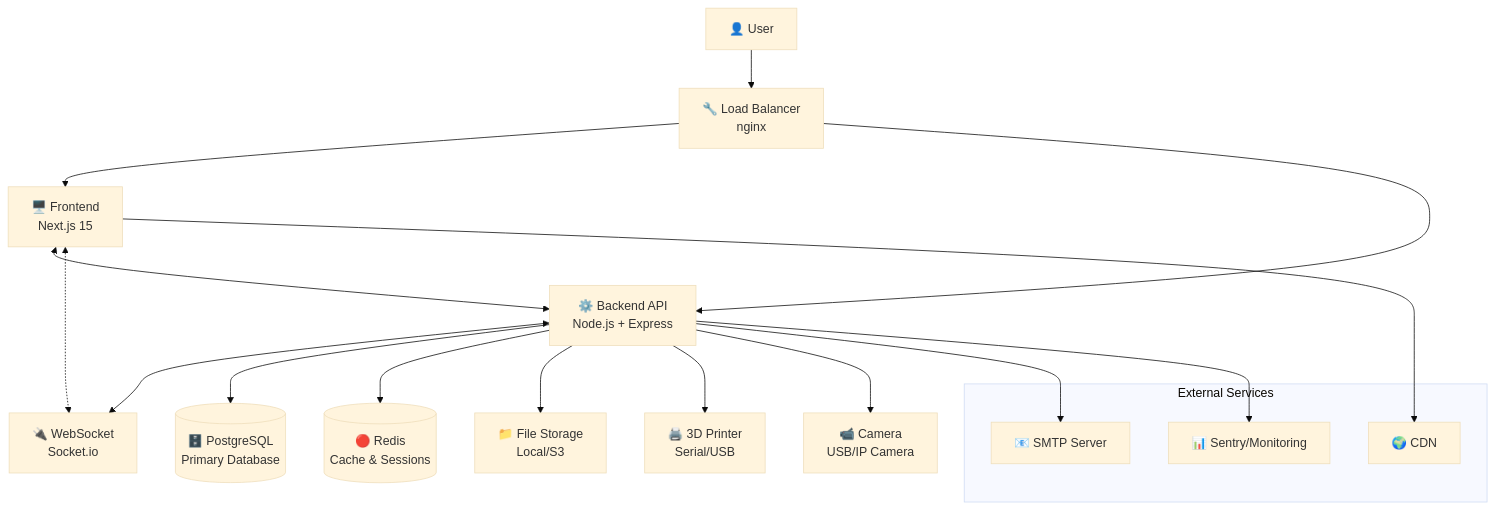
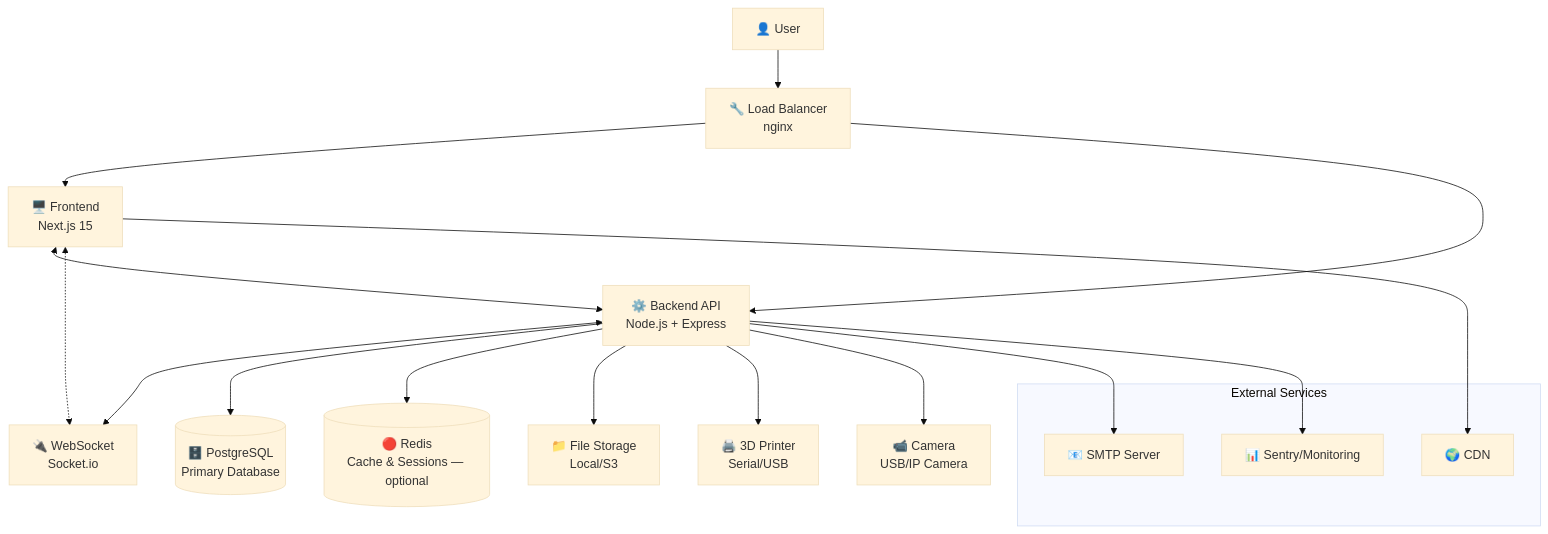
The first of 4 diagrams in docs/ARCHITECTURE.md (Avi-Lezerovich/LezerPrint), drawn with Mermaid (base theme) before and after one commit. The commit also changed other lines of this file and 21 other files, not shown here.

````diff
--- a/docs/ARCHITECTURE.md
+++ b/docs/ARCHITECTURE.md
@@ -52,28 +52,28 @@
 ```mermaid
 graph TB
     User[👤 User] --> LB[🔧 Load Balancer<br/>nginx]
     
     LB --> FE[🖥️ Frontend<br/>Next.js 15]
     LB --> BE[⚙️ Backend API<br/>Node.js + Express]
     
     FE <--> BE
     FE <-.-> WS[🔌 WebSocket<br/>Socket.io]
     BE <--> WS
     
     BE --> DB[(🗄️ PostgreSQL<br/>Primary Database)]
-    BE --> Redis[(🔴 Redis<br/>Cache & Sessions)]
+  BE --> Redis[(🔴 Redis<br/>Cache & Sessions — optional)]
     BE --> FS[📁 File Storage<br/>Local/S3]
     
     BE --> Printer[🖨️ 3D Printer<br/>Serial/USB]
     BE --> Camera[📹 Camera<br/>USB/IP Camera]
     
     subgraph "External Services"
         Email[📧 SMTP Server]
         Monitoring[📊 Sentry/Monitoring]
         CDN[🌍 CDN]
     end
     
     BE --> Email
     BE --> Monitoring
     FE --> CDN
 ```
````
